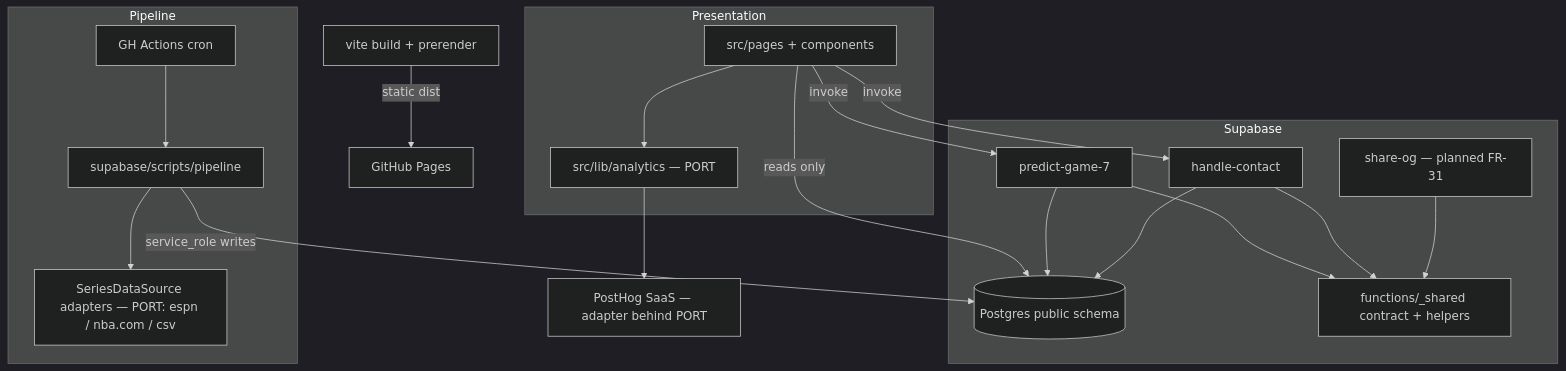
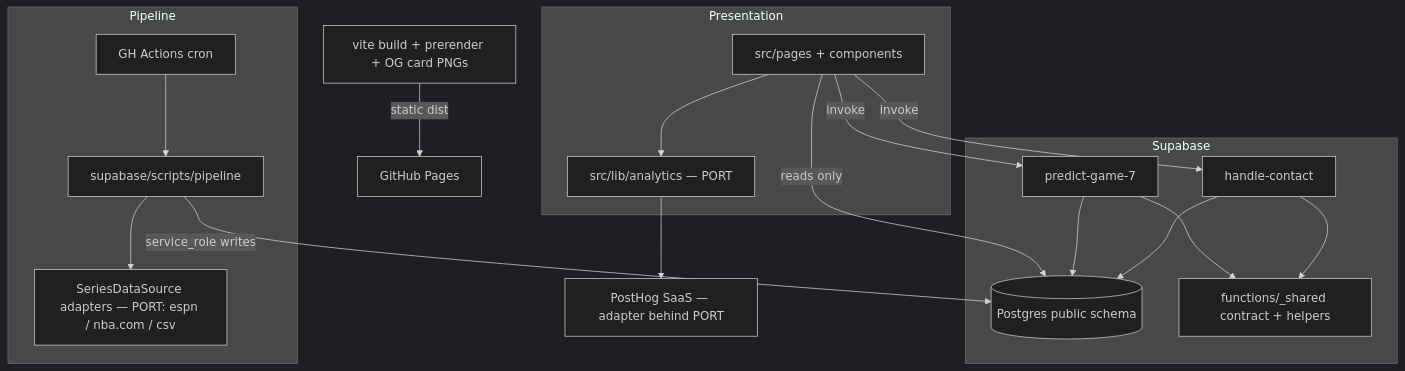
The diagram in _bmad-output/planning-artifacts/architecture/architecture-predictgame7-2026-09-23/ARCHITECTURE-SPINE.md (ujsolon/predictgame7), drawn with Mermaid (dark theme) before and after one commit. The commit also changed other lines of this file and 6 other files, not shown here.

First line of the commit message:
Render OG cards at build time and retire share-og (FR-31, AD-6, AD-7)

````diff
--- a/_bmad-output/planning-artifacts/architecture/architecture-predictgame7-2026-09-23/ARCHITECTURE-SPINE.md
+++ b/_bmad-output/planning-artifacts/architecture/architecture-predictgame7-2026-09-23/ARCHITECTURE-SPINE.md
@@ -22,33 +22,31 @@
 ```mermaid
 graph TD
     subgraph Presentation
         PAGES[src/pages + components]
         ANALYTICS[src/lib/analytics — PORT]
     end
     subgraph Supabase
         PG[(Postgres public schema)]
         FN1[predict-game-7]
         FN2[handle-contact]
-        FN3[share-og — planned FR-31]
         SHARED[functions/_shared contract + helpers]
     end
     subgraph Pipeline
         CI[GH Actions cron]
         SCRIPTS[supabase/scripts/pipeline]
         SRC[SeriesDataSource adapters — PORT: espn / nba.com / csv]
     end
     PH[PostHog SaaS — adapter behind PORT]
 
     PAGES -->|reads only| PG
     PAGES -->|invoke| FN1
     PAGES -->|invoke| FN2
     PAGES --> ANALYTICS --> PH
     FN1 --> SHARED
     FN2 --> SHARED
-    FN3 --> SHARED
     FN1 --> PG
     FN2 --> PG
     CI --> SCRIPTS --> SRC
     SCRIPTS -->|service_role writes| PG
-    BUILD[vite build + prerender] -->|static dist| GHP[GitHub Pages]
+    BUILD[vite build + prerender + OG card PNGs] -->|static dist| GHP[GitHub Pages]
 ```
````
